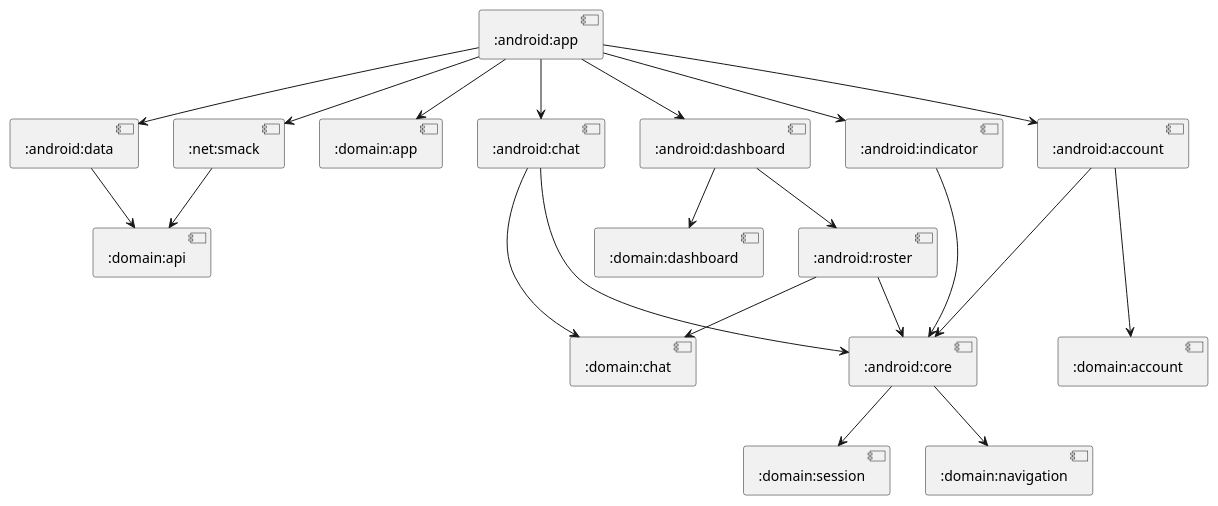
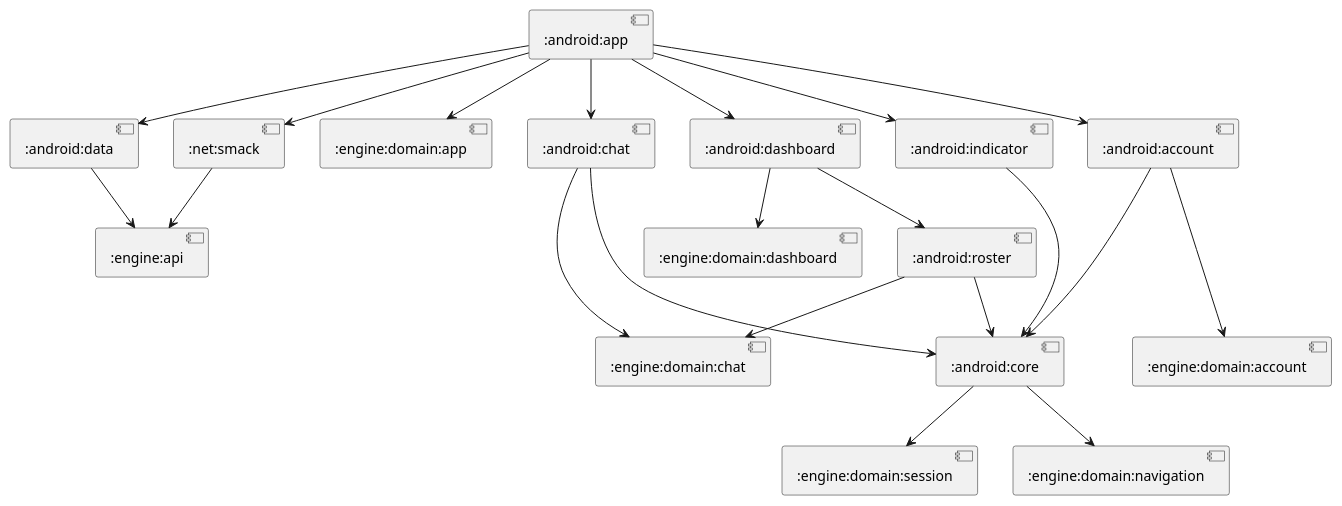
The diagram in android/components.puml (cryptopunkscc/crypton), drawn with PlantUML before and after one commit. The commit also changed 182 other files, not shown here.

```diff
--- a/android/components.puml
+++ b/android/components.puml
@@ -1,34 +1,34 @@
 @startuml
 
-[:net:smack] --> [:domain:api]
+[:net:smack] --> [:engine:api]
 
-[:android:app] --> [:domain:app]
+[:android:app] --> [:engine:domain:app]
 [:android:app] --> [:net:smack]
 [:android:app] --> [:android:data]
 [:android:app] --> [:android:dashboard]
 [:android:app] --> [:android:chat]
 [:android:app] --> [:android:account]
 [:android:app] --> [:android:indicator]
 
 [:android:account] --> [:android:core]
-[:android:account] ---> [:domain:account]
+[:android:account] ---> [:engine:domain:account]
 
 [:android:chat] ---> [:android:core]
-[:android:chat] --> [:domain:chat]
+[:android:chat] --> [:engine:domain:chat]
 
 [:android:dashboard] --> [:android:roster]
-[:android:dashboard] --> [:domain:dashboard]
+[:android:dashboard] --> [:engine:domain:dashboard]
 
 [:android:roster] --> [:android:core]
-[:android:roster] --> [:domain:chat]
+[:android:roster] --> [:engine:domain:chat]
 
 [:android:indicator] ---> [:android:core]
 
-[:android:core] --> [:domain:session]
-[:android:core] --> [:domain:navigation]
+[:android:core] --> [:engine:domain:session]
+[:android:core] --> [:engine:domain:navigation]
 
-[:android:data] --> [:domain:api]
+[:android:data] --> [:engine:api]
 
 
 
 @enduml
```
